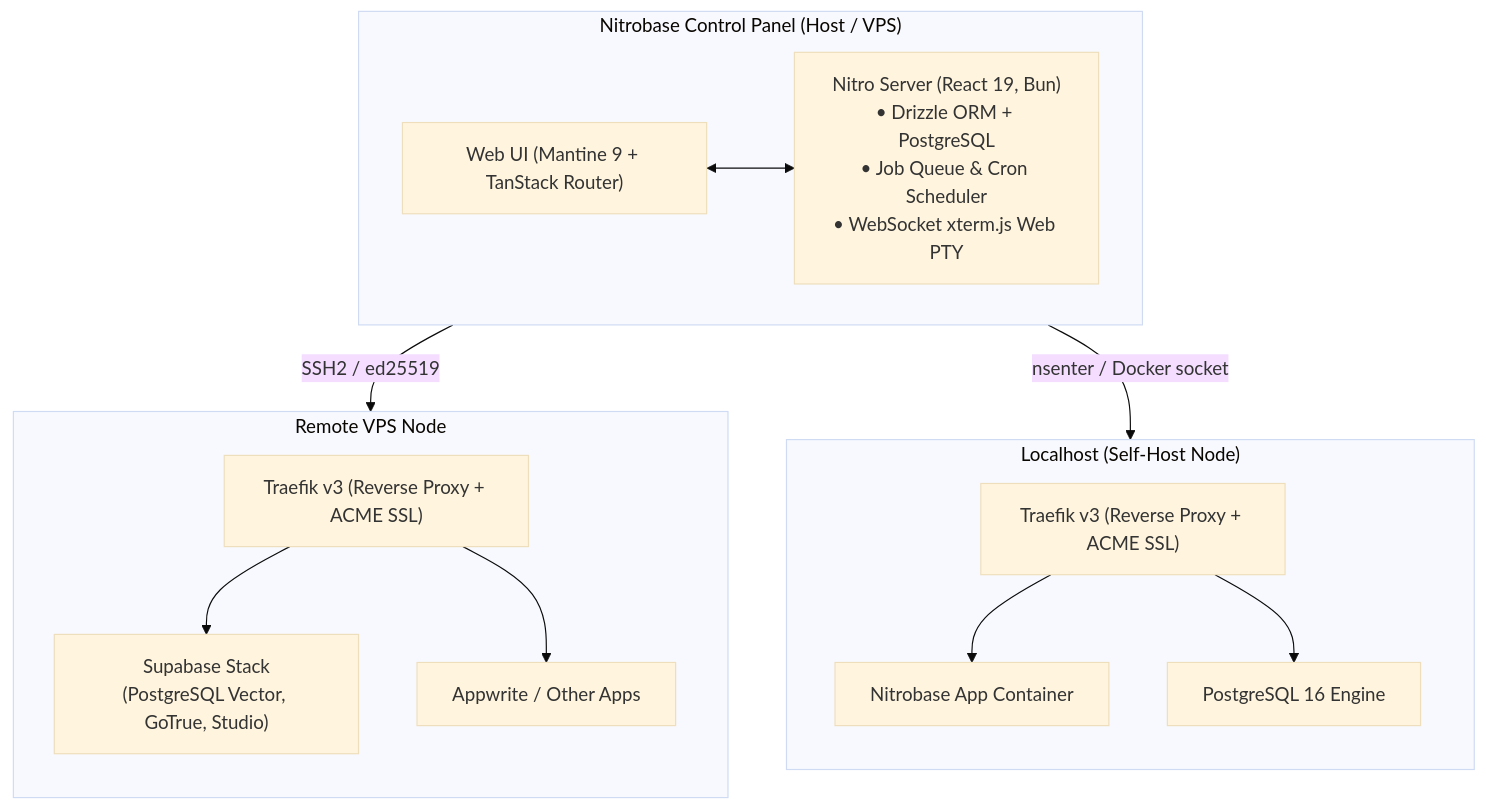
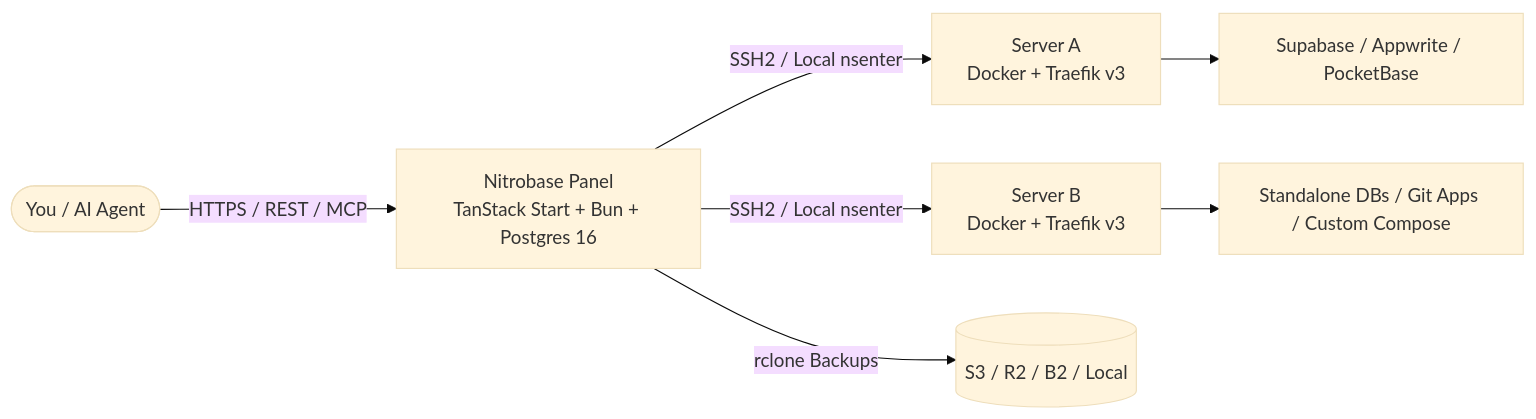
The diagram in contents/docs/en/core-concepts/architecture.md (hoagminh/nitrobase-home), drawn with Mermaid (base theme) before and after one commit. The commit also changed other lines of this file and 225 other files, not shown here.

````diff
--- a/contents/docs/en/core-concepts/architecture.md
+++ b/contents/docs/en/core-concepts/architecture.md
@@ -10,24 +10,9 @@
 ```mermaid
-flowchart TB
-  subgraph Panel["Nitrobase Control Panel (Host / VPS)"]
-    direction LR
-    UI["Web UI (Mantine 9 + TanStack Router)"] <--> Nitro["Nitro Server (React 19, Bun)<br/>• Drizzle ORM + PostgreSQL<br/>• Job Queue & Cron Scheduler<br/>• WebSocket xterm.js Web PTY"]
-  end
-
-  Panel -->|SSH2 / ed25519| Remote["Remote VPS Node"]
-  Panel -->|nsenter / Docker socket| Local["Localhost (Self-Host Node)"]
-
-  subgraph Remote["Remote VPS Node"]
-    direction TB
-    TR["Traefik v3 (Reverse Proxy + ACME SSL)"]
-    TR --> Supabase["Supabase Stack<br/>(PostgreSQL Vector, GoTrue, Studio)"]
-    TR --> Appwrite["Appwrite / Other Apps"]
-  end
-
-  subgraph Local["Localhost (Self-Host Node)"]
-    direction TB
-    TL["Traefik v3 (Reverse Proxy + ACME SSL)"]
-    TL --> App["Nitrobase App Container"]
-    TL --> DB["PostgreSQL 16 Engine"]
-  end
+flowchart LR
+  you([You / AI Agent]) -->|HTTPS / REST / MCP| panel["Nitrobase Panel<br/>TanStack Start + Bun + Postgres 16"]
+  panel -->|SSH2 / Local nsenter| s1["Server A<br/>Docker + Traefik v3"]
+  panel -->|SSH2 / Local nsenter| s2["Server B<br/>Docker + Traefik v3"]
+  s1 --> a1["Supabase / Appwrite / PocketBase"]
+  s2 --> a2["Standalone DBs / Git Apps / Custom Compose"]
+  panel -->|rclone Backups| dest[("S3 / R2 / B2 / Local")]
 ```
````
